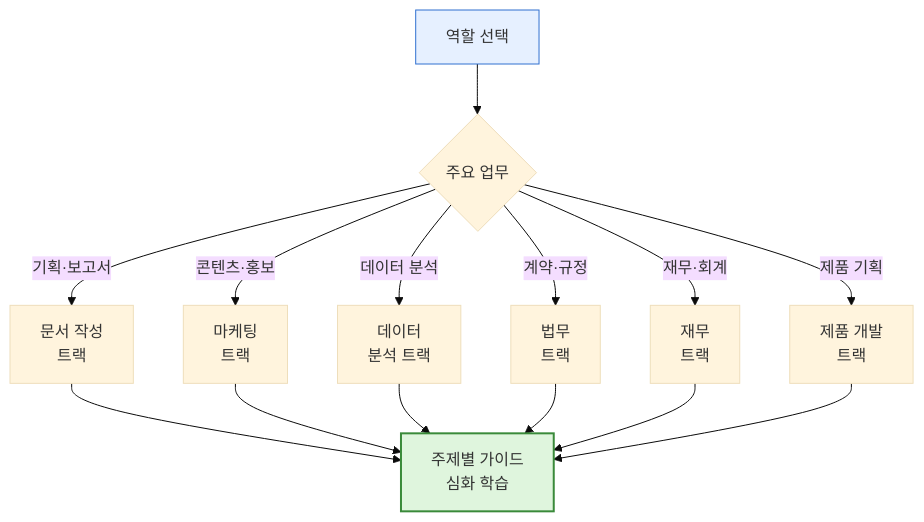
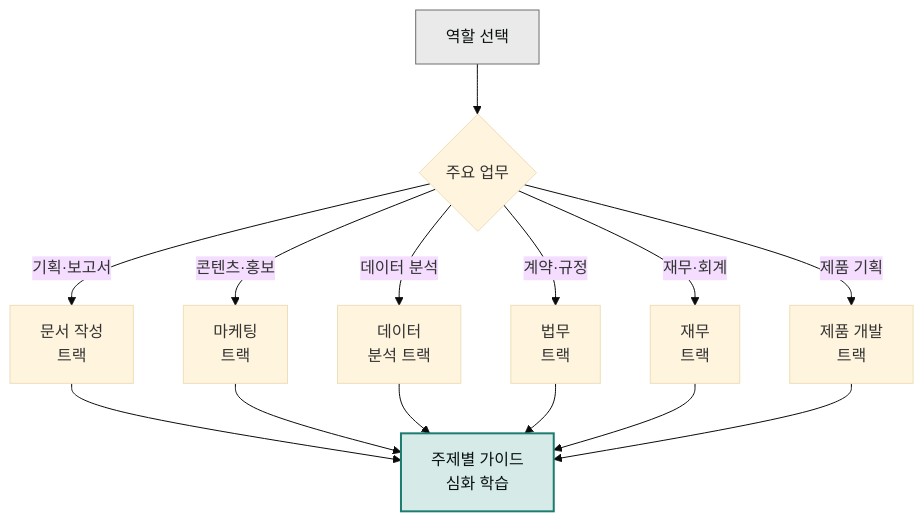
The diagram in content/cookbook/tracks/_index.md (modu-ai/claude), drawn with Mermaid (base theme) before and after one commit. The commit also changed 97 other files, not shown here.

First line of the commit message:
style(docs-site): mermaid 색상 브랜드 정합 + 라이트 테마 단일화

````diff
--- a/content/cookbook/tracks/_index.md
+++ b/content/cookbook/tracks/_index.md
@@ -61,19 +61,19 @@
 ```mermaid
 flowchart TB
     START["역할 선택"] --> Q{"주요 업무"}
     Q -- "기획·보고서" --> DOC["문서 작성<br/>트랙"]
     Q -- "콘텐츠·홍보" --> MKT["마케팅<br/>트랙"]
     Q -- "데이터 분석" --> DATA["데이터<br/>분석 트랙"]
     Q -- "계약·규정" --> LEGAL["법무<br/>트랙"]
     Q -- "재무·회계" --> FIN["재무<br/>트랙"]
     Q -- "제품 기획" --> PROD["제품 개발<br/>트랙"]
     DOC --> GUIDE["주제별 가이드<br/>심화 학습"]
     MKT --> GUIDE
     DATA --> GUIDE
     LEGAL --> GUIDE
     FIN --> GUIDE
     PROD --> GUIDE
 
-    style START fill:#e6f0ff,stroke:#3070d0
-    style GUIDE fill:#dff5dd,stroke:#3a8a3a,stroke-width:2px
+    style START fill:#eaeaea,stroke:#6e6e6e,color:#09110f
+    style GUIDE fill:#d6ebe7,stroke:#1c7c70,stroke-width:2px,color:#09110f
 ```
````
